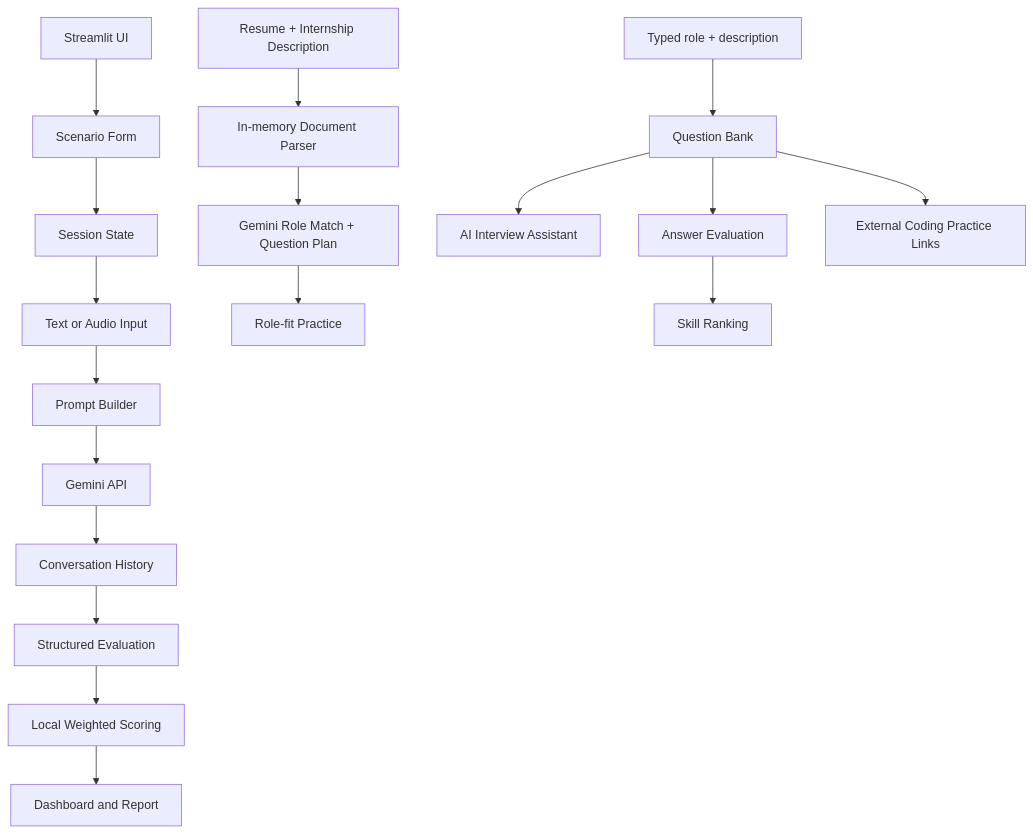
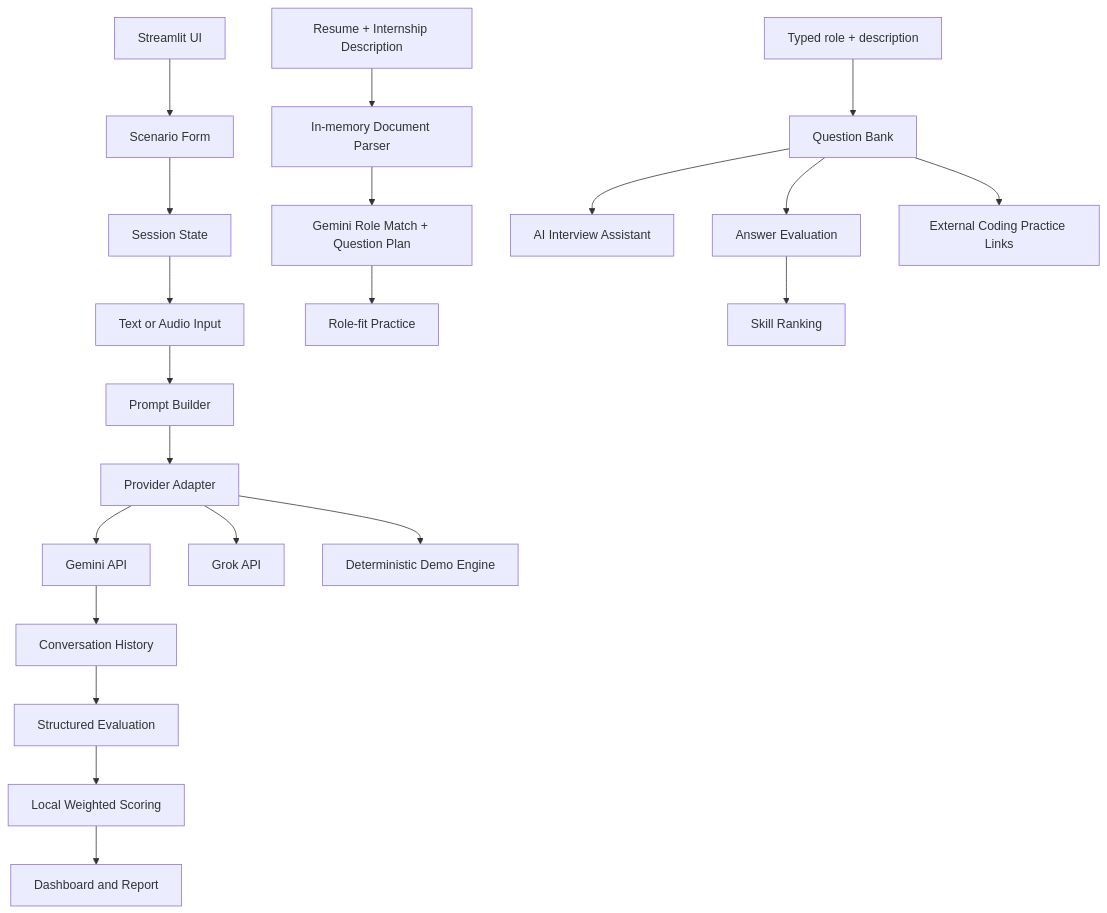
The diagram in README.md (Himanshu90909/careercoach-ai), drawn with Mermaid before and after one commit. The commit also changed other lines of this file and 2 other files, not shown here.

````diff
--- a/README.md
+++ b/README.md
@@ -21,20 +21,23 @@
 ```mermaid
 flowchart TD
     UI[Streamlit UI] --> FORM[Scenario Form]
     FORM --> STATE[Session State]
     STATE --> INPUT[Text or Audio Input]
     UPLOAD[Resume + Internship Description] --> PARSE[In-memory Document Parser]
     PARSE --> MATCH[Gemini Role Match + Question Plan]
     MATCH --> ROLEFIT[Role-fit Practice]
     TEXTROLE[Typed role + description] --> BANK[Question Bank]
     BANK --> ASSIST[AI Interview Assistant]
     BANK --> ANSWERS[Answer Evaluation]
     ANSWERS --> RANK[Skill Ranking]
     BANK --> CODING[External Coding Practice Links]
     INPUT --> PROMPT[Prompt Builder]
-    PROMPT --> GEMINI[Gemini API]
+    PROMPT --> PROVIDER[Provider Adapter]
+    PROVIDER --> GEMINI[Gemini API]
+    PROVIDER --> GROK[Grok API]
+    PROVIDER --> DEMO[Deterministic Demo Engine]
     GEMINI --> TRANSCRIPT[Conversation History]
     TRANSCRIPT --> EVAL[Structured Evaluation]
     EVAL --> SCORE[Local Weighted Scoring]
     SCORE --> DASH[Dashboard and Report]
 ```
````
